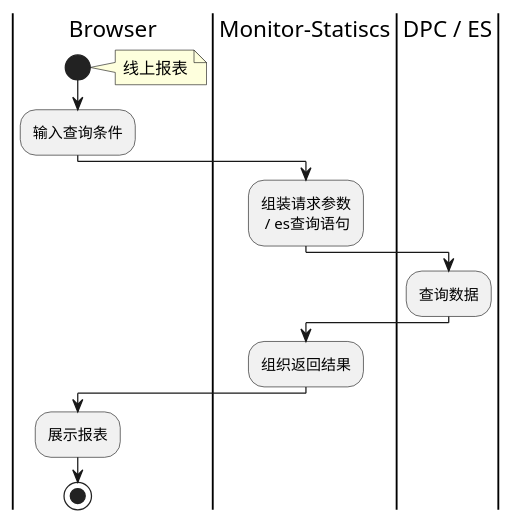
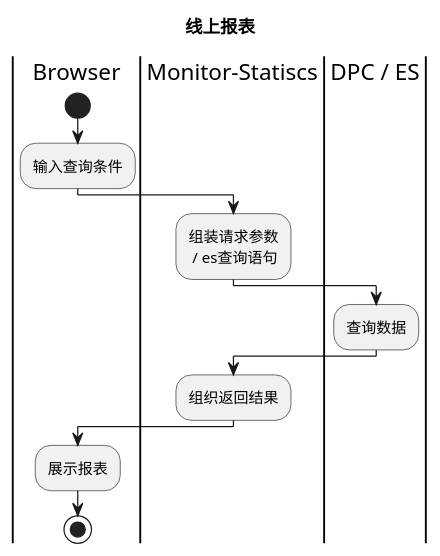
One commit to shineguo1/springDemo changed the diagram in src/main/resources/uml/monitor/swim/线上报表.puml. Above: the diagram before and after it, drawn with PlantUML. The commit also changed 13 other files, not shown here.

Commit message:
uml图

```diff
--- a/src/main/resources/uml/monitor/swim/线上报表.puml
+++ b/src/main/resources/uml/monitor/swim/线上报表.puml
@@ -2,16 +2,16 @@
 @startuml
 |Browser|
+title 线上报表
 start
-note right:线上报表
 :输入查询条件;
 |#white|Monitor-Statiscs|
 :组装请求参数
  / es查询语句;
 |DPC / ES|
 :查询数据;
 |Monitor-Statiscs|
 :组织返回结果;
 |Browser|
 :展示报表;
 stop
 @enduml
```
